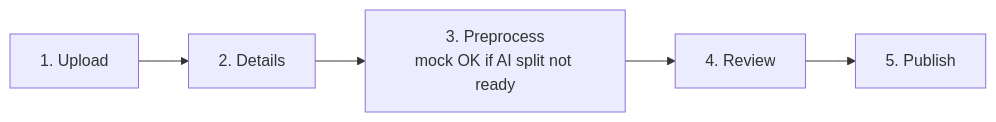
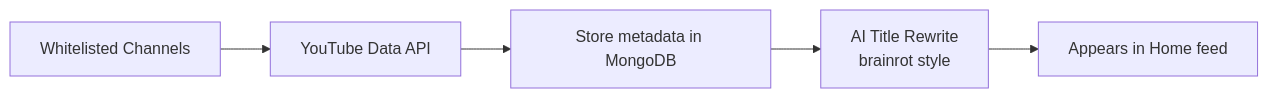
Before and after one commit to volam1311/CrackEd: the third of 3 diagrams in README.md, drawn with Mermaid. The commit also changed other lines of this file, not shown here.

````diff
--- a/README.md
+++ b/README.md
@@ -144,7 +169,7 @@
 ```mermaid
 flowchart LR
-  A[1. Upload] --> B[2. Details]
-  B --> C[3. Preprocess<br/>mock OK if AI split not ready]
-  C --> D[4. Review]
-  D --> E[5. Publish]
+    Channels[Whitelisted Channels] --> FetchAPI[YouTube Data API]
+    FetchAPI --> Store[Store metadata in MongoDB]
+    Store --> Rewrite[AI Title Rewrite<br/>brainrot style]
+    Rewrite --> Feed[Appears in Home feed]
 ```
````
